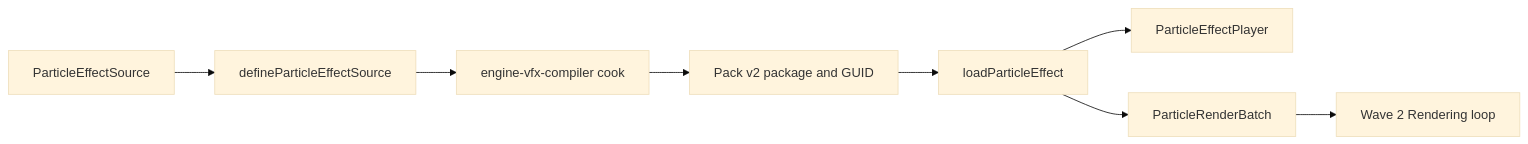
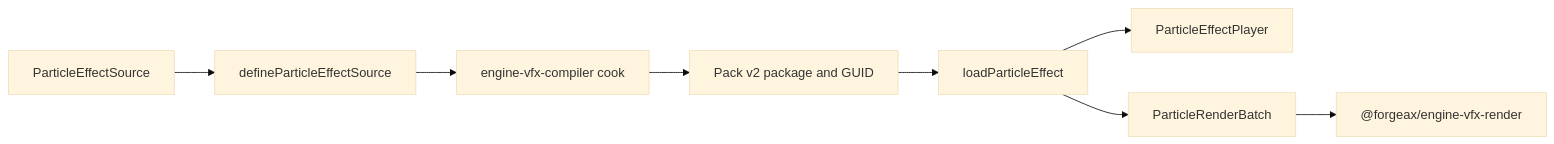
One commit to ForgeaX-Games/forgeax-editor changed the diagram in packages/engine/packages/vfx/README.md. Above: the diagram before and after it, drawn with Mermaid (base theme). The commit also changed other lines of this file and 462 other files, not shown here.

````diff
--- a/packages/engine/packages/vfx/README.md
+++ b/packages/engine/packages/vfx/README.md
@@ -17,10 +30,10 @@
 ```mermaid
 flowchart LR
     source["ParticleEffectSource"] --> validate["defineParticleEffectSource"]
     validate --> cook["engine-vfx-compiler cook"]
     cook --> pack["Pack v2 package and GUID"]
     pack --> load["loadParticleEffect"]
     load --> player["ParticleEffectPlayer"]
     load --> batch["ParticleRenderBatch"]
-    batch --> rendering["Wave 2 Rendering loop"]
+    batch --> rendering["@forgeax/engine-vfx-render"]
 ```
````
